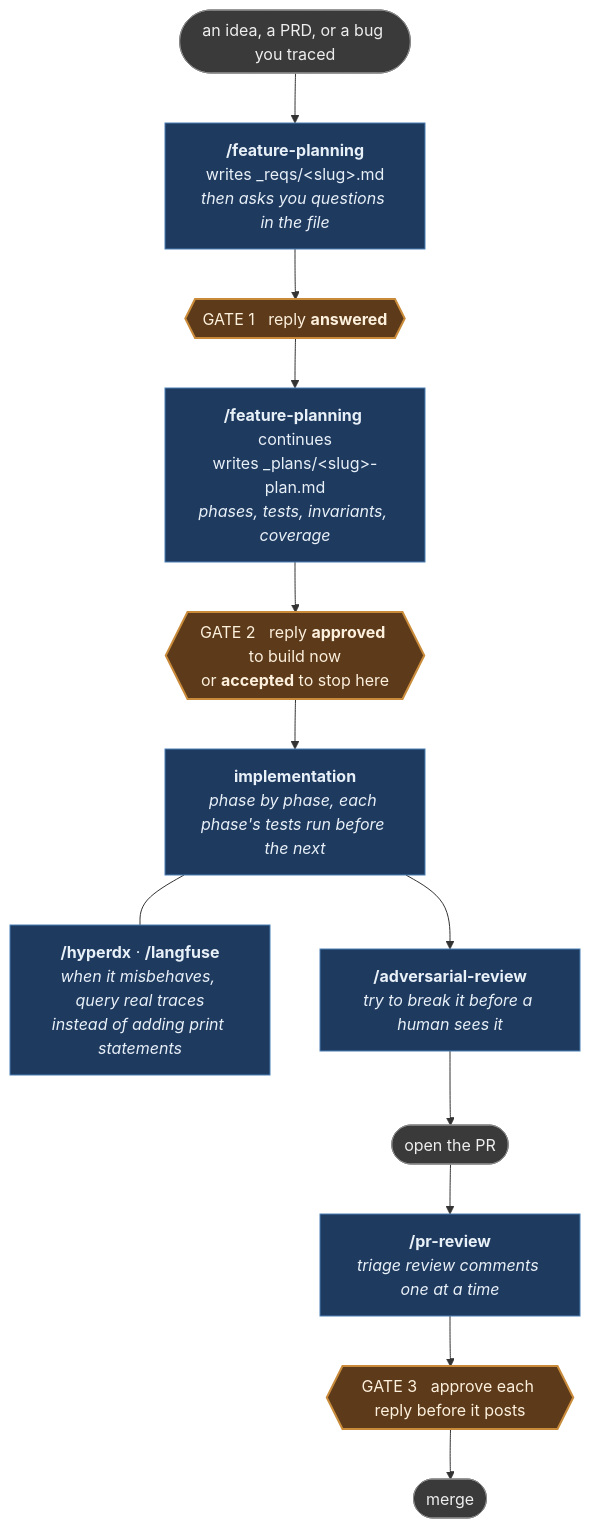
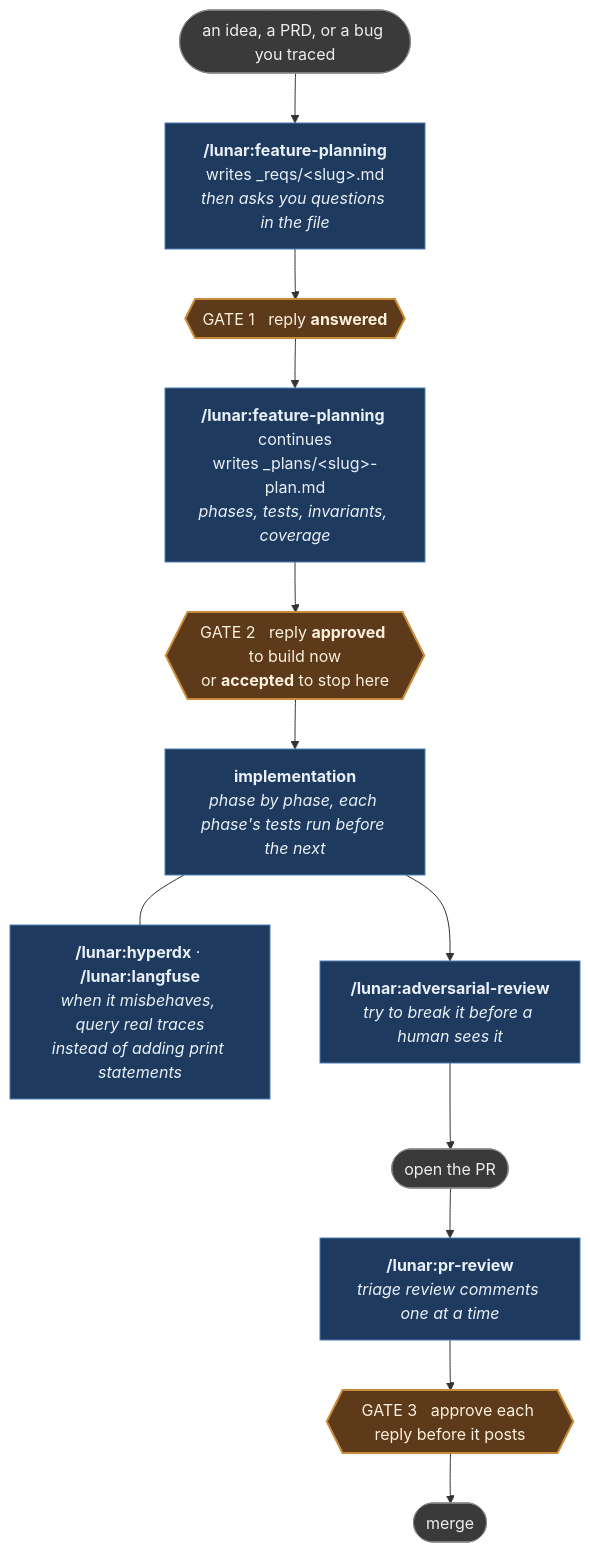
Before and after one commit to LunarCommand/claude-skills: the diagram in README.md, drawn with Mermaid. The commit also changed other lines of this file and 30 other files, not shown here.

````diff
--- a/README.md
+++ b/README.md
@@ -39,26 +38,26 @@
 ```mermaid
 flowchart TD
     idea(["an idea, a PRD, or a bug you traced"])
-    fp1["<b>/feature-planning</b><br/>writes _reqs/&lt;slug&gt;.md<br/><i>then asks you questions in the file</i>"]
+    fp1["<b>/lunar:feature-planning</b><br/>writes _reqs/&lt;slug&gt;.md<br/><i>then asks you questions in the file</i>"]
     g1{{"GATE 1 &nbsp; reply <b>answered</b>"}}
-    fp2["<b>/feature-planning</b> continues<br/>writes _plans/&lt;slug&gt;-plan.md<br/><i>phases, tests, invariants, coverage</i>"]
+    fp2["<b>/lunar:feature-planning</b> continues<br/>writes _plans/&lt;slug&gt;-plan.md<br/><i>phases, tests, invariants, coverage</i>"]
     g2{{"GATE 2 &nbsp; reply <b>approved</b> to build now<br/>or <b>accepted</b> to stop here"}}
     impl["<b>implementation</b><br/><i>phase by phase, each phase's tests run before the next</i>"]
-    dbg["<b>/hyperdx</b> &middot; <b>/langfuse</b><br/><i>when it misbehaves, query real traces<br/>instead of adding print statements</i>"]
-    adv["<b>/adversarial-review</b><br/><i>try to break it before a human sees it</i>"]
+    dbg["<b>/lunar:hyperdx</b> &middot; <b>/lunar:langfuse</b><br/><i>when it misbehaves, query real traces<br/>instead of adding print statements</i>"]
+    adv["<b>/lunar:adversarial-review</b><br/><i>try to break it before a human sees it</i>"]
     pr(["open the PR"])
-    prr["<b>/pr-review</b><br/><i>triage review comments one at a time</i>"]
+    prr["<b>/lunar:pr-review</b><br/><i>triage review comments one at a time</i>"]
     g3{{"GATE 3 &nbsp; approve each reply before it posts"}}
     merge(["merge"])
 
     idea --> fp1 --> g1 --> fp2 --> g2 --> impl --> adv --> pr --> prr --> g3 --> merge
     impl --- dbg
 
     classDef skill fill:#1f3a5f,stroke:#4a7fb5,color:#e8f0f8
     classDef gate fill:#5c3a1a,stroke:#c98b3a,stroke-width:2px,color:#fdf0dd
     classDef artifact fill:#3a3a3a,stroke:#888,color:#eee
 
     class fp1,fp2,impl,adv,prr,dbg skill
     class g1,g2,g3 gate
     class idea,pr,merge artifact
 ```
````
